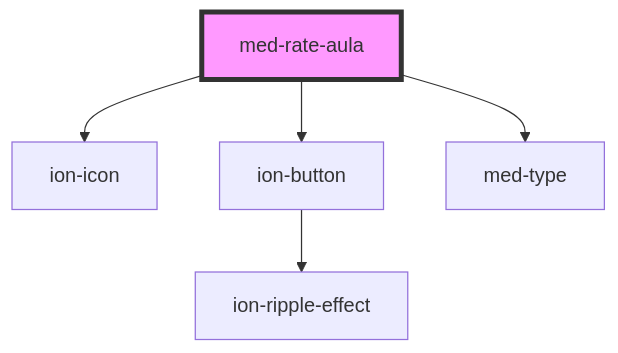
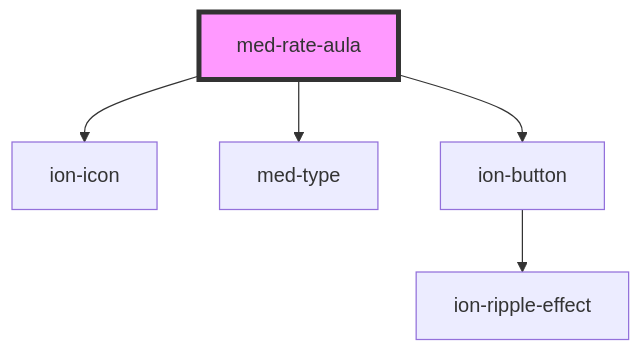
One commit to MEDGRUPOGIT/ionic-framework-1 changed the diagram in core/src/components/@medgrupo/global/med-rate-aula/readme.md. Above: the diagram before and after it, drawn with Mermaid. The commit also changed other lines of this file and 291 other files, not shown here.

````diff
--- a/core/src/components/@medgrupo/global/med-rate-aula/readme.md
+++ b/core/src/components/@medgrupo/global/med-rate-aula/readme.md
@@ -37,8 +37,8 @@
 ```mermaid
 graph TD;
   med-rate-aula --> ion-icon
+  med-rate-aula --> med-type
   med-rate-aula --> ion-button
-  med-rate-aula --> med-type
   ion-button --> ion-ripple-effect
   style med-rate-aula fill:#f9f,stroke:#333,stroke-width:4px
 ```
````
